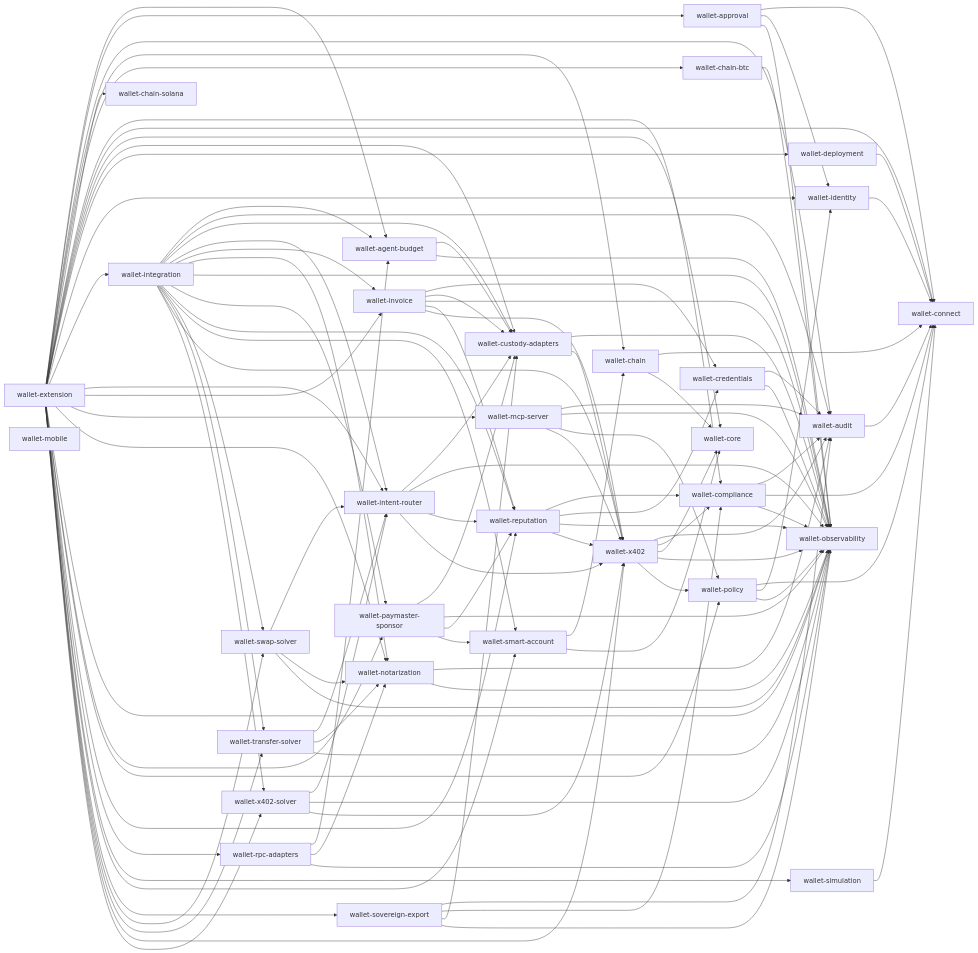
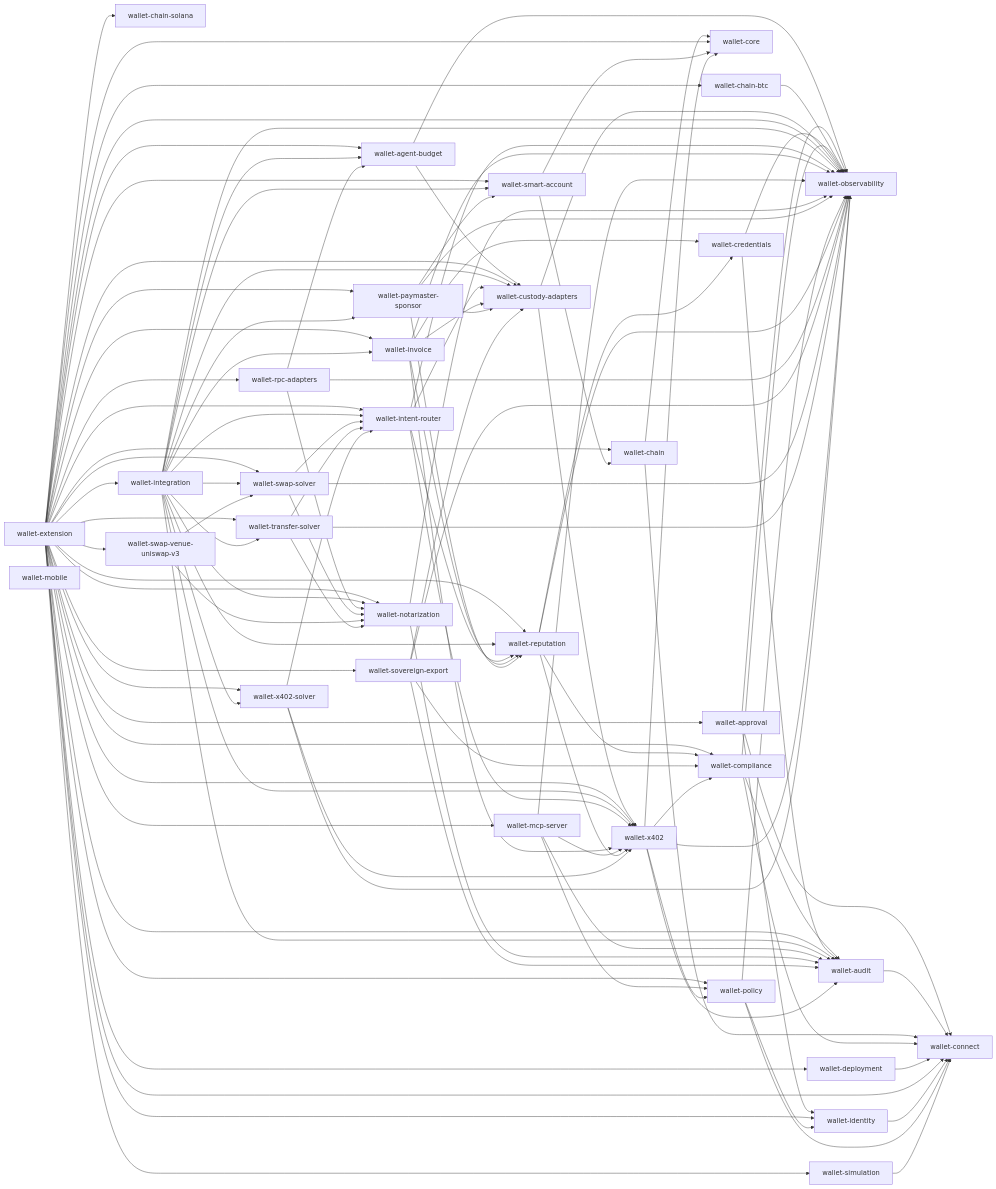
One commit to aethelred-foundation/wallet changed the diagram in reports/workspace-deps.mmd. Above: the diagram before and after it, drawn with Mermaid. The commit also changed 13 other files, not shown here.

First line of the commit message:
feat(swap-venue-uniswap-v3): first production-shape SwapVenue adapter — Uniswap v3 (#94)

```diff
--- a/reports/workspace-deps.mmd
+++ b/reports/workspace-deps.mmd
@@ -1,117 +1,120 @@
 flowchart LR
   wallet-agent-budget --> wallet-custody-adapters
   wallet-agent-budget --> wallet-observability
   wallet-approval --> wallet-connect
   wallet-approval --> wallet-identity
   wallet-approval --> wallet-observability
   wallet-audit --> wallet-connect
   wallet-chain --> wallet-connect
   wallet-chain --> wallet-core
   wallet-chain-btc --> wallet-observability
   wallet-chain-solana
   wallet-compliance --> wallet-audit
   wallet-compliance --> wallet-connect
   wallet-compliance --> wallet-observability
   wallet-connect
   wallet-core
   wallet-credentials --> wallet-audit
   wallet-credentials --> wallet-observability
   wallet-custody-adapters --> wallet-observability
   wallet-custody-adapters --> wallet-x402
   wallet-deployment --> wallet-connect
   wallet-extension --> wallet-agent-budget
   wallet-extension --> wallet-approval
   wallet-extension --> wallet-audit
   wallet-extension --> wallet-chain
   wallet-extension --> wallet-chain-btc
   wallet-extension --> wallet-chain-solana
   wallet-extension --> wallet-compliance
   wallet-extension --> wallet-connect
   wallet-extension --> wallet-core
   wallet-extension --> wallet-custody-adapters
   wallet-extension --> wallet-deployment
   wallet-extension --> wallet-identity
   wallet-extension --> wallet-integration
   wallet-extension --> wallet-intent-router
   wallet-extension --> wallet-invoice
   wallet-extension --> wallet-mcp-server
   wallet-extension --> wallet-notarization
   wallet-extension --> wallet-observability
   wallet-extension --> wallet-paymaster-sponsor
   wallet-extension --> wallet-policy
   wallet-extension --> wallet-reputation
   wallet-extension --> wallet-rpc-adapters
   wallet-extension --> wallet-simulation
   wallet-extension --> wallet-smart-account
   wallet-extension --> wallet-sovereign-export
   wallet-extension --> wallet-swap-solver
+  wallet-extension --> wallet-swap-venue-uniswap-v3
   wallet-extension --> wallet-transfer-solver
   wallet-extension --> wallet-x402
   wallet-extension --> wallet-x402-solver
   wallet-identity --> wallet-connect
   wallet-integration --> wallet-agent-budget
   wallet-integration --> wallet-audit
   wallet-integration --> wallet-custody-adapters
   wallet-integration --> wallet-intent-router
   wallet-integration --> wallet-invoice
   wallet-integration --> wallet-notarization
   wallet-integration --> wallet-observability
   wallet-integration --> wallet-paymaster-sponsor
   wallet-integration --> wallet-reputation
   wallet-integration --> wallet-smart-account
   wallet-integration --> wallet-swap-solver
   wallet-integration --> wallet-transfer-solver
   wallet-integration --> wallet-x402
   wallet-integration --> wallet-x402-solver
   wallet-intent-router --> wallet-custody-adapters
   wallet-intent-router --> wallet-observability
   wallet-intent-router --> wallet-reputation
   wallet-intent-router --> wallet-x402
   wallet-invoice --> wallet-credentials
   wallet-invoice --> wallet-custody-adapters
   wallet-invoice --> wallet-observability
   wallet-invoice --> wallet-reputation
   wallet-invoice --> wallet-x402
   wallet-mcp-server --> wallet-audit
   wallet-mcp-server --> wallet-observability
   wallet-mcp-server --> wallet-policy
   wallet-mcp-server --> wallet-x402
   wallet-mobile
   wallet-notarization --> wallet-audit
   wallet-notarization --> wallet-observability
   wallet-observability
   wallet-paymaster-sponsor --> wallet-custody-adapters
   wallet-paymaster-sponsor --> wallet-observability
   wallet-paymaster-sponsor --> wallet-reputation
   wallet-paymaster-sponsor --> wallet-smart-account
   wallet-policy --> wallet-connect
   wallet-policy --> wallet-identity
   wallet-policy --> wallet-observability
   wallet-reputation --> wallet-compliance
   wallet-reputation --> wallet-credentials
   wallet-reputation --> wallet-observability
   wallet-reputation --> wallet-x402
   wallet-rpc-adapters --> wallet-agent-budget
   wallet-rpc-adapters --> wallet-notarization
   wallet-rpc-adapters --> wallet-observability
   wallet-simulation --> wallet-connect
   wallet-smart-account --> wallet-chain
   wallet-smart-account --> wallet-core
   wallet-sovereign-export --> wallet-audit
   wallet-sovereign-export --> wallet-compliance
   wallet-sovereign-export --> wallet-custody-adapters
   wallet-sovereign-export --> wallet-observability
   wallet-swap-solver --> wallet-intent-router
   wallet-swap-solver --> wallet-notarization
   wallet-swap-solver --> wallet-observability
+  wallet-swap-venue-uniswap-v3 --> wallet-notarization
+  wallet-swap-venue-uniswap-v3 --> wallet-swap-solver
   wallet-transfer-solver --> wallet-intent-router
   wallet-transfer-solver --> wallet-notarization
   wallet-transfer-solver --> wallet-observability
   wallet-x402 --> wallet-audit
   wallet-x402 --> wallet-compliance
   wallet-x402 --> wallet-core
   wallet-x402 --> wallet-observability
   wallet-x402 --> wallet-policy
   wallet-x402-solver --> wallet-intent-router
   wallet-x402-solver --> wallet-observability
   wallet-x402-solver --> wallet-x402
```
